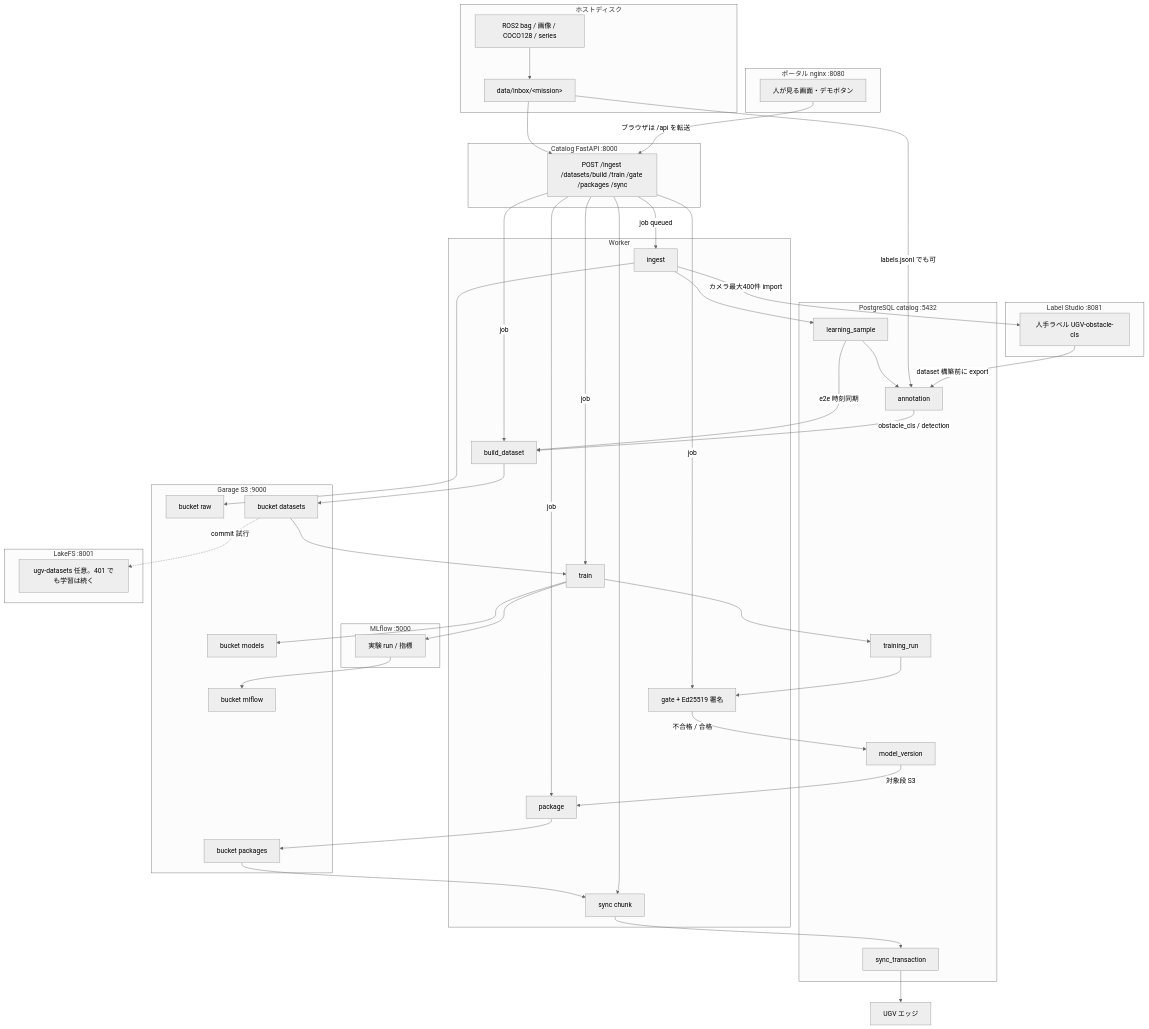
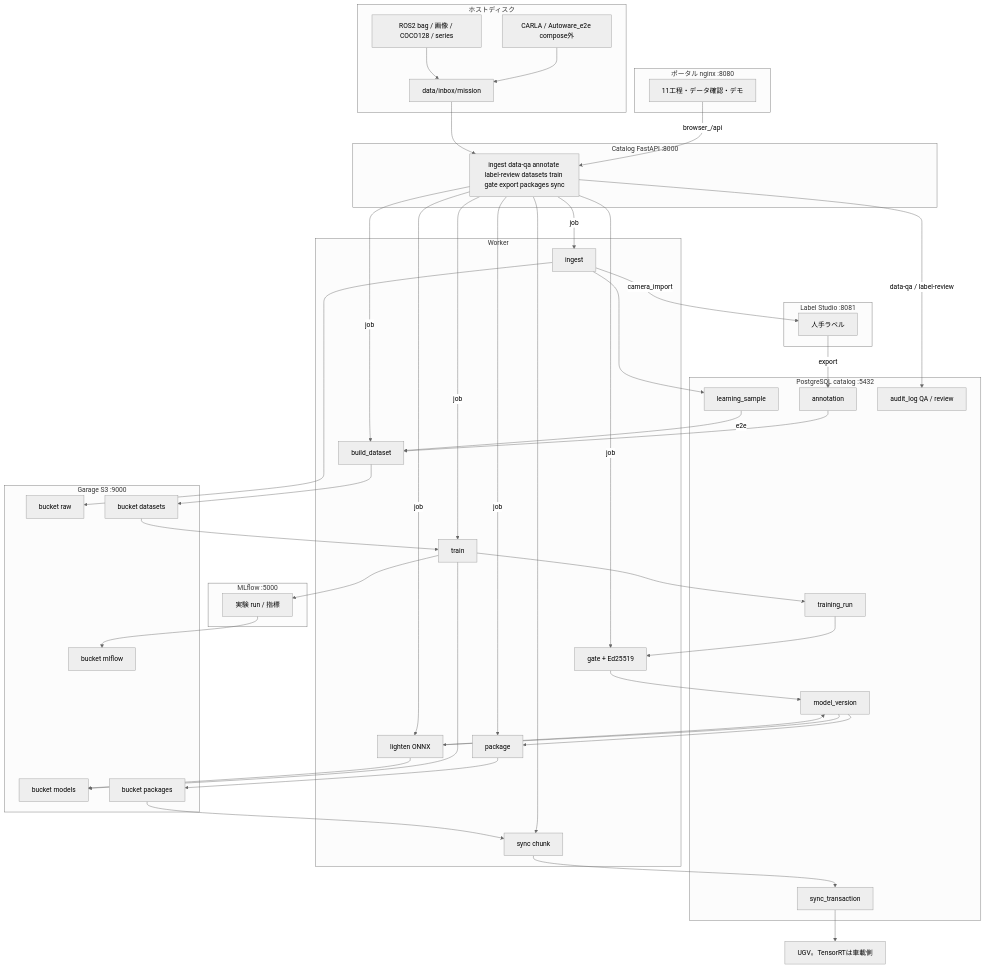
Before and after one commit to xeno1983/MLOPs_DEV: the second of 4 diagrams in docs/design.md, drawn with Mermaid (neutral theme). The commit also changed other lines of this file and 40 other files, not shown here.

First line of the commit message:
Expand the portal pipeline to 11 stages with CARLA inbox import, QA, lighten, and real sync delivery.

````diff
--- a/docs/design.md
+++ b/docs/design.md
@@ -176,24 +176,27 @@
 ```mermaid
 flowchart TB
   subgraph host["ホストディスク"]
+    SIM["CARLA / Autoware_e2e compose外"]
     BAG["ROS2 bag / 画像 / COCO128 / series"]
-    INBOX["data/inbox/&lt;mission&gt;"]
+    INBOX["data/inbox/mission"]
+    SIM --> INBOX
     BAG --> INBOX
   end
 
   subgraph ui["ポータル nginx :8080"]
-    PORTAL["人が見る画面・デモボタン"]
+    PORTAL["11工程・データ確認・デモ"]
   end
 
   subgraph ctl["Catalog FastAPI :8000"]
-    API["POST /ingest /datasets/build /train /gate /packages /sync"]
+    API["ingest data-qa annotate label-review datasets train gate export packages sync"]
   end
 
   subgraph wrk["Worker"]
     ING["ingest"]
     BLD["build_dataset"]
     TR["train"]
-    GATE["gate + Ed25519 署名"]
+    GATE["gate + Ed25519"]
+    EXP["lighten ONNX"]
     PKG["package"]
     SYNC["sync chunk"]
   end
@@ -204,6 +207,7 @@
     RUN["training_run"]
     MV["model_version"]
     ST["sync_transaction"]
+    AUD["audit_log QA / review"]
   end
 
   subgraph s3["Garage S3 :9000"]
@@ -215,31 +219,25 @@
   end
 
   subgraph ls["Label Studio :8081"]
-    LSIM["人手ラベル UGV-obstacle-cls"]
+    LSIM["人手ラベル"]
   end
 
   subgraph mf["MLflow :5000"]
     MFRUN["実験 run / 指標"]
   end
 
-  subgraph lake["LakeFS :8001"]
-    LREPO["ugv-datasets 任意。401 でも学習は続く"]
-  end
-
-  PORTAL -->|ブラウザは /api を転送| API
+  PORTAL -->|browser_/api| API
   INBOX --> API
-  API -->|job queued| ING
+  API -->|job| ING
   ING --> RAW
   ING --> LSAMP
-  ING -->|カメラ最大400件 import| LSIM
-  LSIM -->|dataset 構築前に export| ANN
-  INBOX -->|labels.jsonl でも可| ANN
-  LSAMP --> ANN
+  API -->|data-qa / label-review| AUD
+  ING -->|camera_import| LSIM
+  LSIM -->|export| ANN
   API -->|job| BLD
-  ANN -->|obstacle_cls / detection| BLD
-  LSAMP -->|e2e 時刻同期| BLD
+  ANN --> BLD
+  LSAMP -->|e2e| BLD
   BLD --> DSET
-  DSET -.->|commit 試行| LREPO
   API -->|job| TR
   DSET --> TR
   TR --> MFRUN
@@ -248,12 +246,16 @@
   TR --> RUN
   API -->|job| GATE
   RUN --> GATE
-  GATE -->|不合格 / 合格| MV
+  GATE --> MV
+  API -->|job| EXP
+  MV --> EXP
+  EXP --> MOD
+  EXP --> MV
   API -->|job| PKG
-  MV -->|対象段 S3| PKG
+  MV --> PKG
   PKG --> PKGS
   API --> SYNC
   PKGS --> SYNC
   SYNC --> ST
-  ST --> UGV["UGV エッジ"]
+  ST --> UGV["UGV。TensorRTは車載側"]
 ```
````
